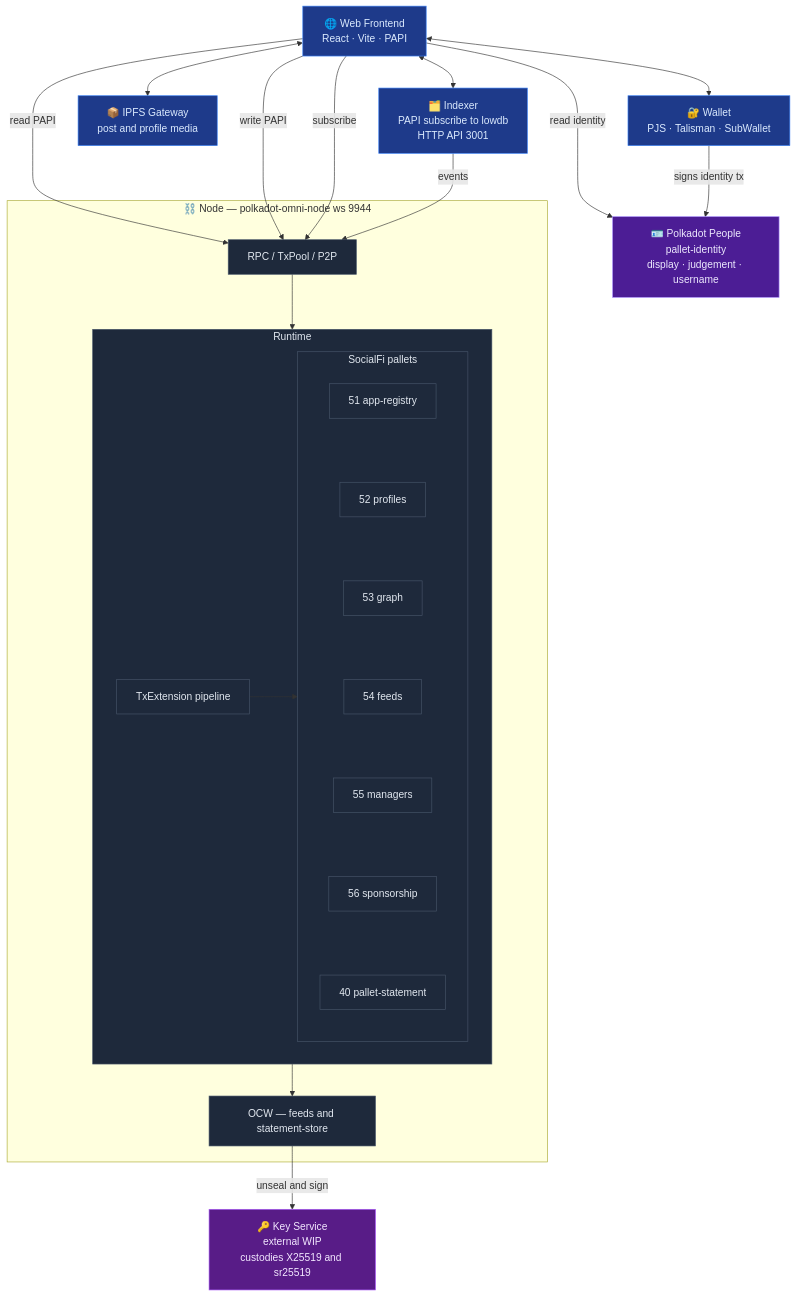
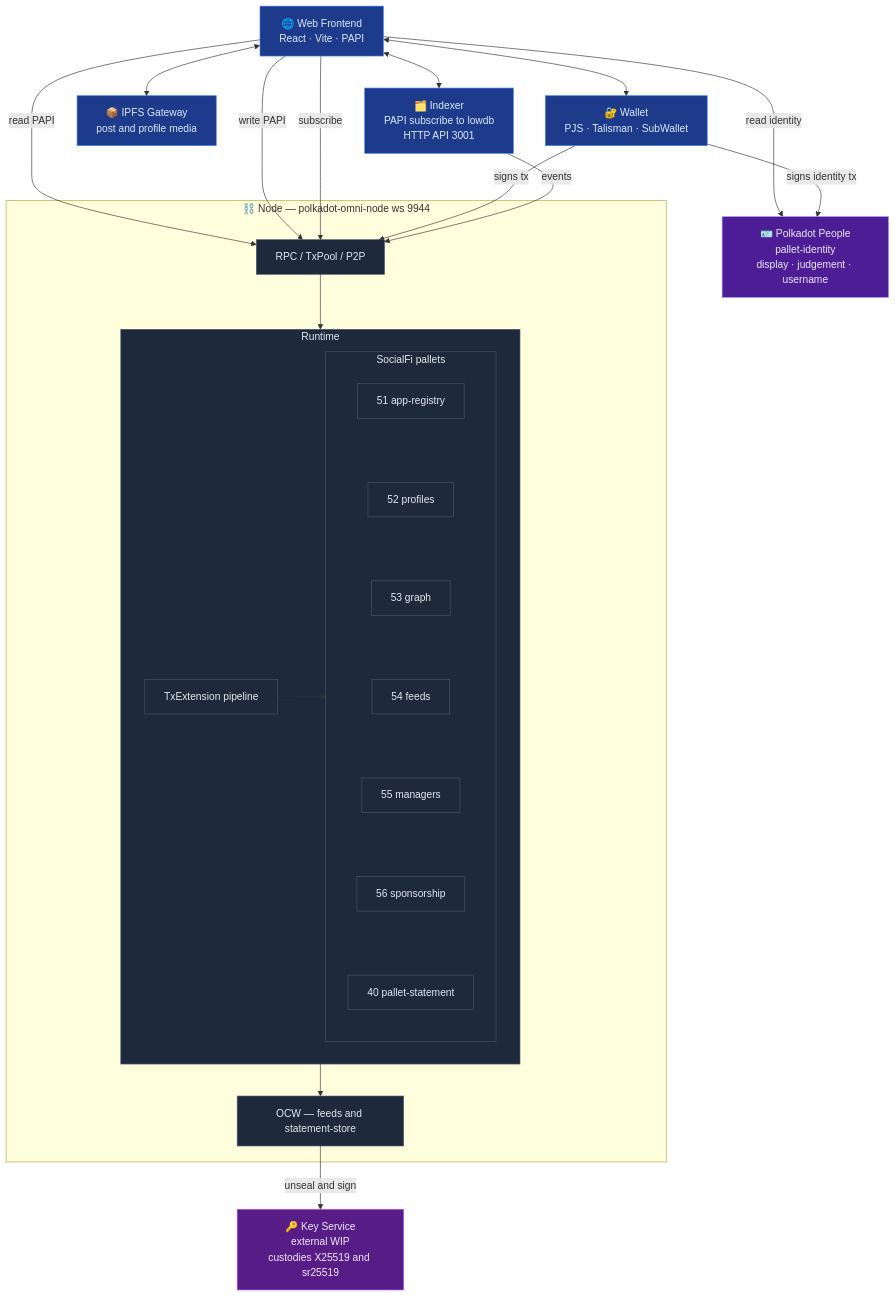
One commit to germankuber/socialfi-protocol changed the diagram in README.md. Above: the diagram before and after it, drawn with Mermaid.

Commit message:
docs(readme): show wallet signing txs for the SocialFi node
The wallet signs extrinsics that target the SocialFi runtime too, not just identity on People. Added a Wallet -> RPC edge so the diagram mirrors the People edge already in place. Both endpoints receive signed extrinsics directly from the wallet; the frontend is a relayer for the bytes, not the signer.

````diff
--- a/README.md
+++ b/README.md
@@ -15,54 +15,56 @@
 ```mermaid
 flowchart TB
     Wallet["🔐 Wallet<br/>PJS · Talisman · SubWallet"]
     IPFS["📦 IPFS Gateway<br/>post and profile media"]
     Front["🌐 Web Frontend<br/>React · Vite · PAPI"]
     Indexer["🗂️ Indexer<br/>PAPI subscribe to lowdb<br/>HTTP API 3001"]
     KS["🔑 Key Service<br/>external WIP<br/>custodies X25519 and sr25519"]
     People["🪪 Polkadot People<br/>pallet-identity<br/>display · judgement · username"]
 
     subgraph Node["⛓️ Node — polkadot-omni-node ws 9944"]
         RPC["RPC / TxPool / P2P"]
         subgraph RT["Runtime"]
             TxExt["TxExtension pipeline"]
             subgraph Pallets["SocialFi pallets"]
                 direction TB
                 AR["51 app-registry"]
                 PR["52 profiles"]
                 GR["53 graph"]
                 FD["54 feeds"]
                 MG["55 managers"]
                 SP["56 sponsorship"]
                 ST["40 pallet-statement"]
                 AR ~~~ PR ~~~ GR ~~~ FD ~~~ MG ~~~ SP ~~~ ST
             end
             TxExt --> Pallets
         end
         OCW["OCW — feeds and statement-store"]
         RPC --> RT
         RT --> OCW
     end
 
     Front <--> Wallet
     Front <--> IPFS
     Front <--> Indexer
 
     Front -- "read PAPI" --> RPC
     Front -- "write PAPI" --> RPC
     Front -- "subscribe" --> RPC
 
+    Wallet -- "signs tx" --> RPC
+
     Front -- "read identity" --> People
     Wallet -- "signs identity tx" --> People
 
     Indexer -- "events" --> RPC
     OCW -- "unseal and sign" --> KS
 
     classDef user fill:#1e3a8a,color:#dbeafe,stroke:#3b82f6
     classDef chain fill:#1e293b,color:#e2e8f0,stroke:#475569
     classDef external fill:#581c87,color:#f3e8ff,stroke:#a855f7
     classDef people fill:#4c1d95,color:#ede9fe,stroke:#a78bfa
     class Wallet,Front,IPFS,Indexer user
     class RPC,RT,OCW,TxExt,Pallets,AR,PR,GR,FD,MG,SP,ST chain
     class KS external
     class People people
 ```
````
